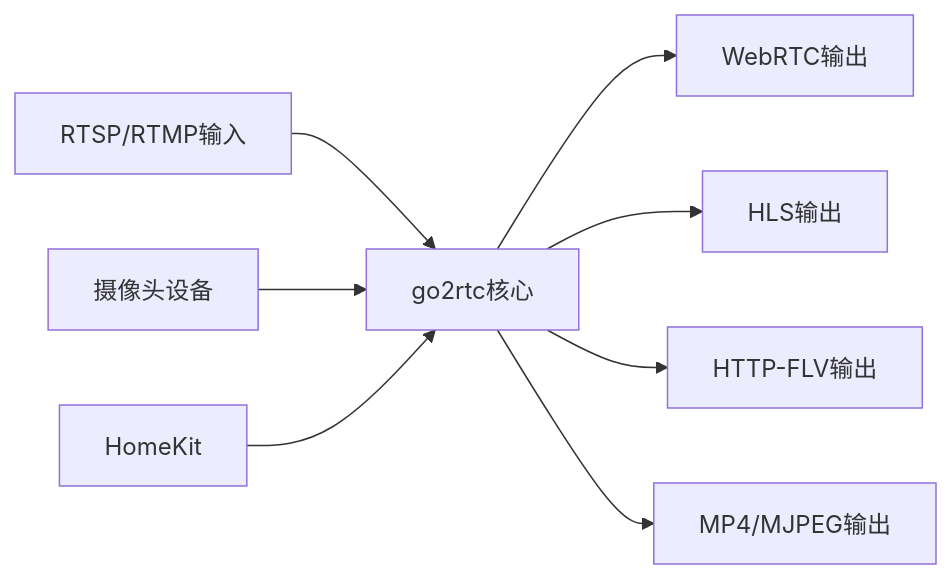
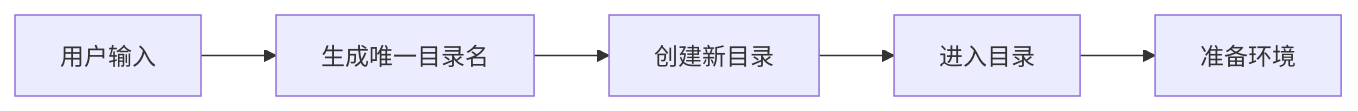
Before and after one commit to wayyoungboy/github-trending-reporter: the seventh of 8 diagrams in reports/2026/01/2026-01-21.md, drawn with Mermaid. The commit also changed other lines of this file and 1 other file, not shown here.

````diff
--- a/reports/2026/01/2026-01-21.md
+++ b/reports/2026/01/2026-01-21.md
@@ -311,10 +371,7 @@
 ```mermaid
 graph LR
-    A[RTSP/RTMP输入] --> B[go2rtc核心]
-    C[摄像头设备] --> B
-    D[HomeKit] --> B
-    B --> E[WebRTC输出]
-    B --> F[HLS输出]
-    B --> G[HTTP-FLV输出]
-    B --> H[MP4/MJPEG输出]
+    A[用户输入] --> B[生成唯一目录名]
+    B --> C[创建新目录]
+    C --> D[进入目录]
+    D --> E[准备环境]
 ```
````
